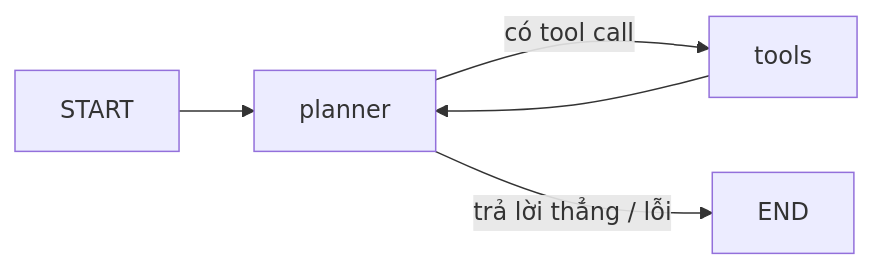
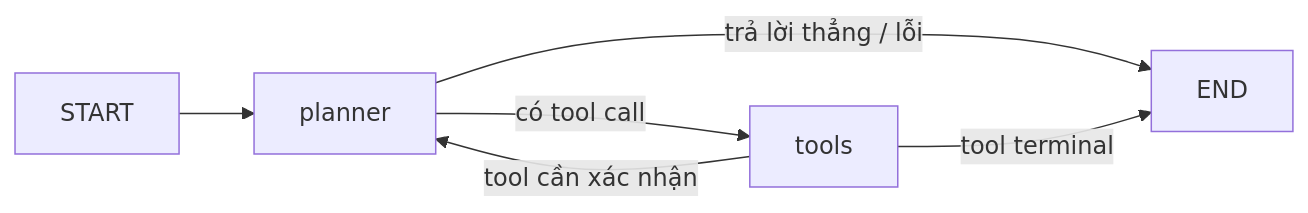
The second of 3 diagrams in ARCHITECTURE.md (TueLT/Build-to-deploy), drawn with Mermaid before and after one commit. The commit also changed other lines of this file and 78 other files, not shown here.

````diff
--- a/ARCHITECTURE.md
+++ b/ARCHITECTURE.md
@@ -87,7 +119,8 @@
 ```mermaid
 graph LR
     START --> planner
     planner -->|có tool call| tools
     planner -->|trả lời thẳng / lỗi| END
-    tools --> planner
+    tools -->|tool cần xác nhận| planner
+    tools -->|tool terminal| END
 ```
````
